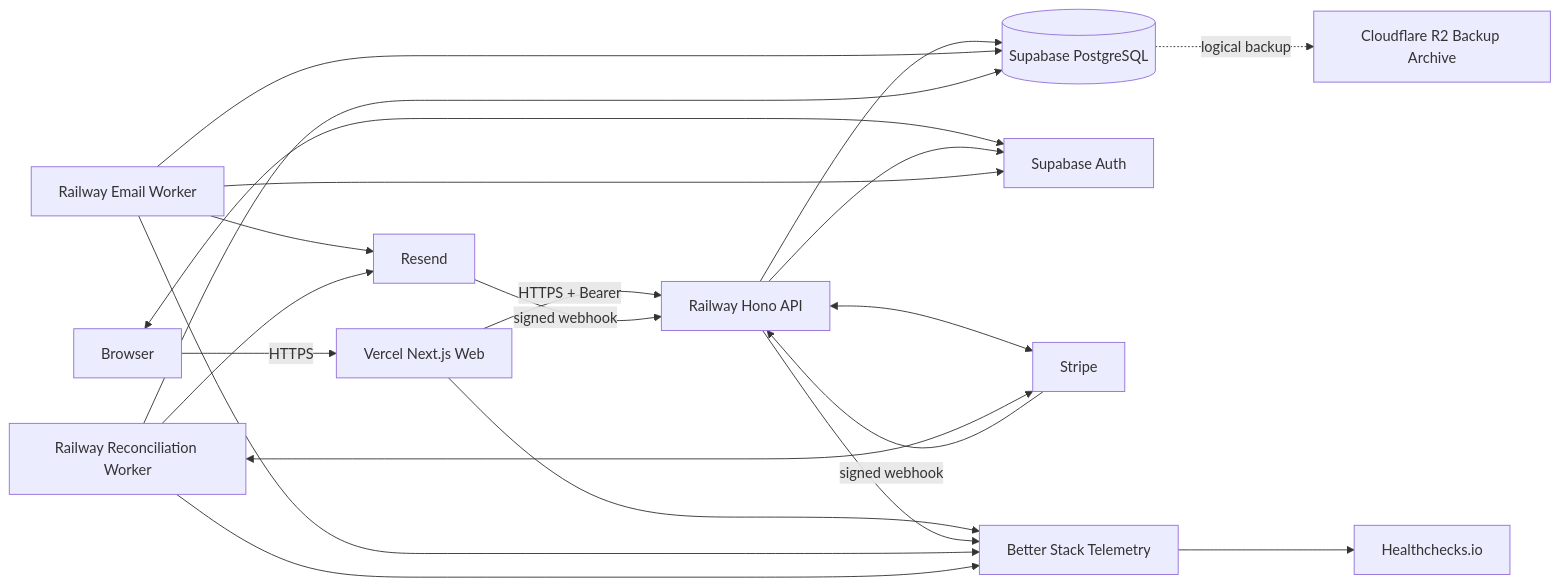
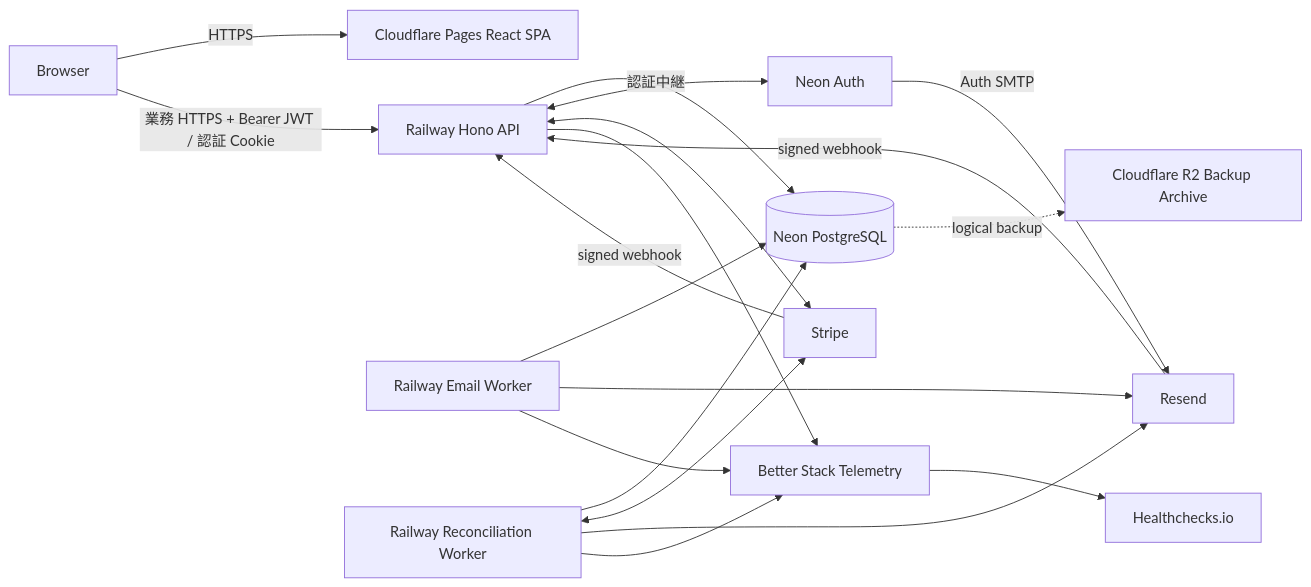
One commit to HayatoFukami/off-r39x changed the diagram in docs/specs/180-infrastructure-deployment.md. Above: the diagram before and after it, drawn with Mermaid. The commit also changed other lines of this file and 18 other files, not shown here.

Commit message:
docs(specs): adopt Pages, Railway, and Neon architecture

````diff
--- a/docs/specs/180-infrastructure-deployment.md
+++ b/docs/specs/180-infrastructure-deployment.md
@@ -185,36 +185,34 @@
 ```mermaid
 flowchart LR
   B[Browser]
-  V[Vercel Next.js Web]
+  V[Cloudflare Pages React SPA]
   A[Railway Hono API]
   EW[Railway Email Worker]
   RW[Railway Reconciliation Worker]
-  DB[(Supabase PostgreSQL)]
-  AU[Supabase Auth]
+  DB[(Neon PostgreSQL)]
+  AU[Neon Auth]
   ST[Stripe]
   RS[Resend]
   BS[Better Stack Telemetry]
   HC[Healthchecks.io]
   R2[Cloudflare R2 Backup Archive]
 
   B -->|HTTPS| V
-  B <--> AU
-  V -->|HTTPS + Bearer| A
+  B -->|業務 HTTPS + Bearer JWT / 認証 Cookie| A
   A --> DB
   EW --> DB
   RW --> DB
-  A --> AU
-  EW --> AU
+  A <-->|認証中継| AU
   A <--> ST
   RW <--> ST
   EW --> RS
+  AU -->|Auth SMTP| RS
   RW --> RS
   ST -->|signed webhook| A
   RS -->|signed webhook| A
-  V --> BS
   A --> BS
   EW --> BS
   RW --> BS
   BS --> HC
   DB -. logical backup .-> R2
 ```
````
